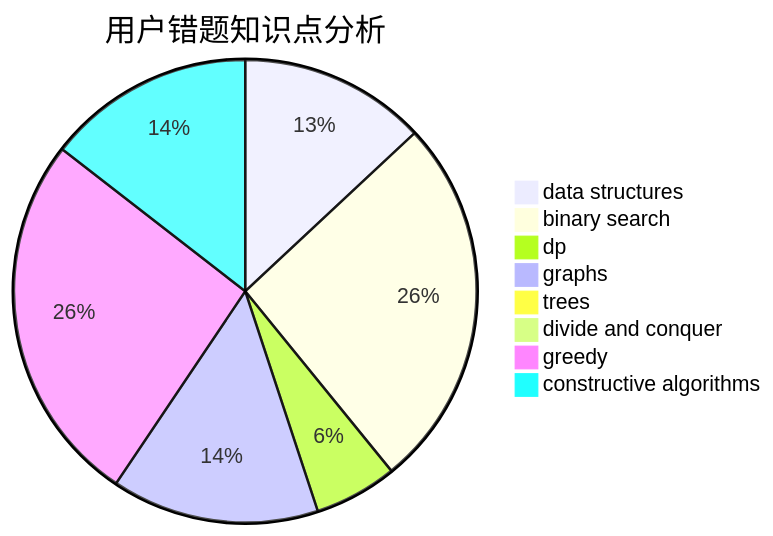
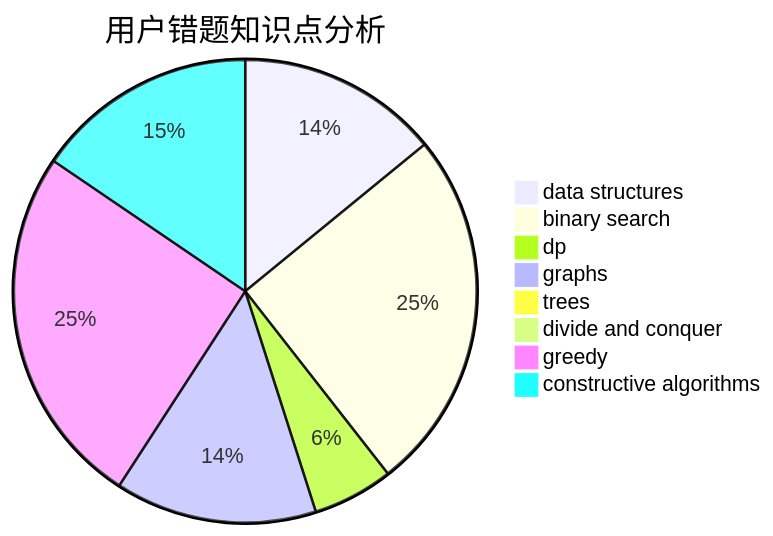
Before and after one commit to sherpahu/cfrs.github.io: the third of 3 diagrams in docs/user/u2028.md, drawn with Mermaid. The commit also changed other lines of this file and 2770 other files, not shown here.

````diff
--- a/docs/user/u2028.md
+++ b/docs/user/u2028.md
@@ -36,11 +36,11 @@
 ```mermaid
 pie title 用户错题知识点分析
-    "data structures" :  9
+    "data structures" :  10
     "binary search" :  18
     "dp" :  4
     "graphs" :  10
     "trees" :  0
     "divide and conquer" :  0
     "greedy" :  18
-    "constructive algorithms" :  10
+    "constructive algorithms" :  11
 ```
````
